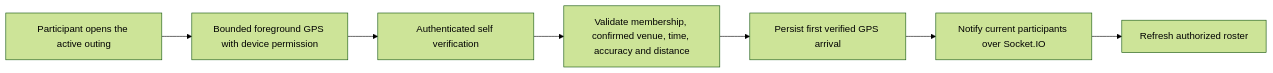
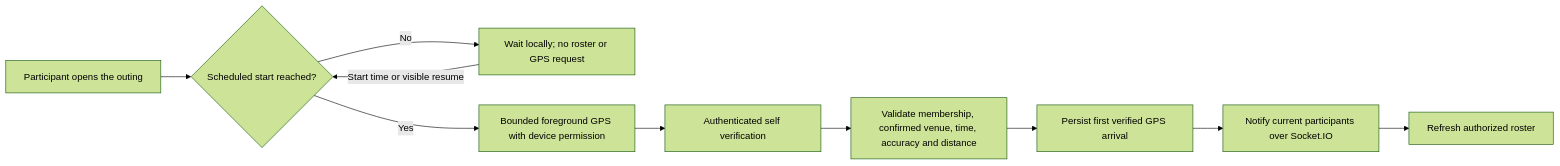
One commit to MohamedMSalah/yalla5roga changed the fourth of 11 diagrams in docs/SYSTEM_DESIGN.md. Above: the diagram before and after it, drawn with Mermaid (forest theme). The commit also changed other lines of this file and 134 other files, not shown here.

````diff
--- a/docs/SYSTEM_DESIGN.md
+++ b/docs/SYSTEM_DESIGN.md
@@ -201,9 +201,12 @@
 ```mermaid
 flowchart LR
-  Open[Participant opens the active outing] --> GPS[Bounded foreground GPS with device permission]
+  Open[Participant opens the outing] --> Start{Scheduled start reached?}
+  Start -->|No| Wait[Wait locally; no roster or GPS request]
+  Wait -->|Start time or visible resume| Start
+  Start -->|Yes| GPS[Bounded foreground GPS with device permission]
   GPS --> API[Authenticated self verification]
   API --> Policy[Validate membership, confirmed venue, time, accuracy and distance]
   Policy --> DB[Persist first verified GPS arrival]
   DB --> Socket[Notify current participants over Socket.IO]
   Socket --> List[Refresh authorized roster]
 ```
````
